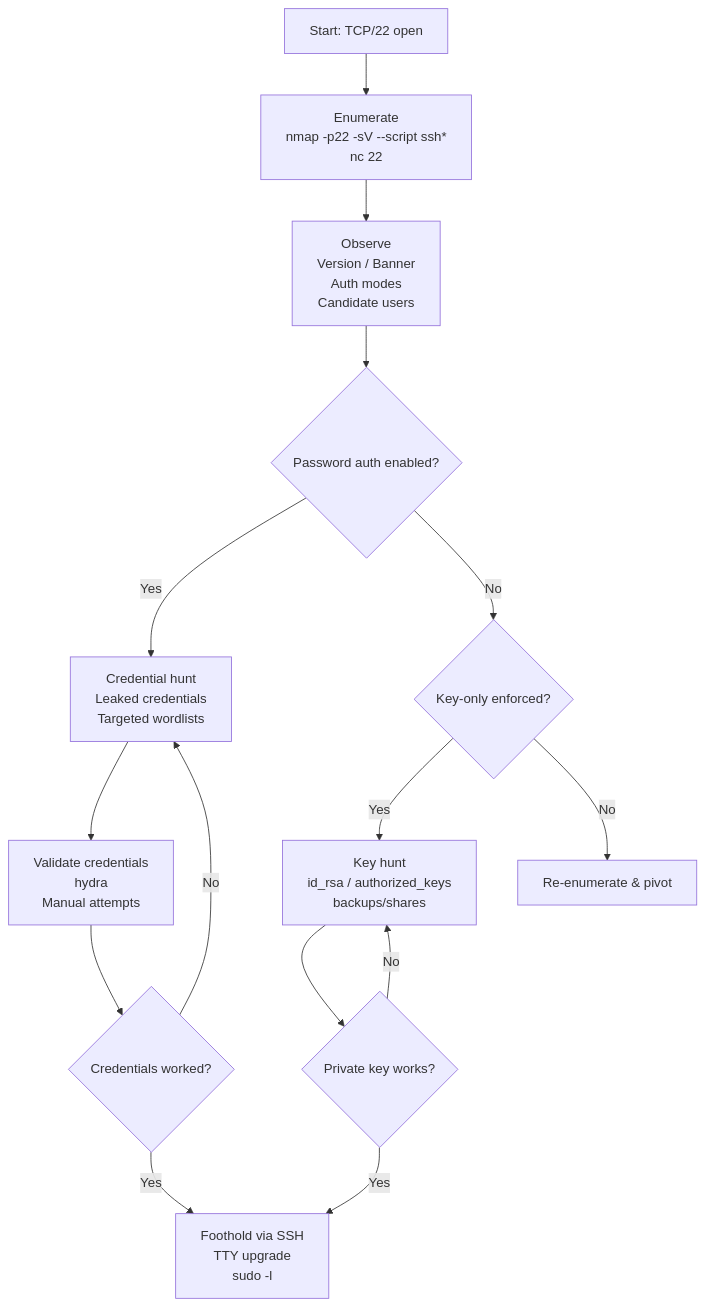
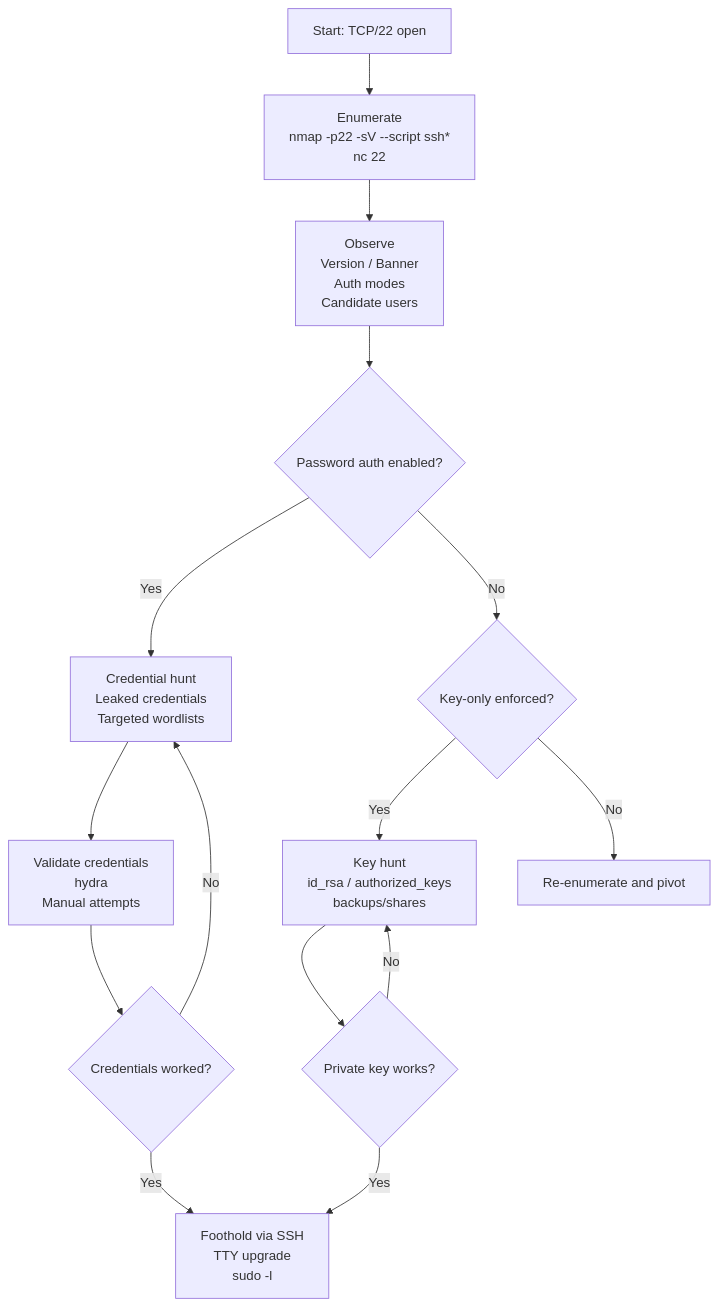
Before and after one commit to ericbulloch/kwmd: the ninth of 10 diagrams in hacking_flow.md, drawn with Mermaid. The commit also changed other lines of this file, not shown here.

````diff
--- a/hacking_flow.md
+++ b/hacking_flow.md
@@ -491,30 +644,30 @@
 ```mermaid
 flowchart TD
 A[Start: TCP/22 open] --> B[Enumerate
 nmap -p22 -sV --script ssh* <ip>
 nc <ip> 22]
 B --> C[Observe
 Version / Banner
 Auth modes
 Candidate users]
 C --> D{Password auth enabled?}
 D -- Yes --> E[Credential hunt
 Leaked credentials
 Targeted wordlists]
 D -- No --> F{Key-only enforced?}
 F -- Yes --> G[Key hunt
 id_rsa / authorized_keys
 backups/shares]
-F -- No --> H[Re-enumerate & pivot]
+F -- No --> H[Re-enumerate and pivot]
 E --> I[Validate credentials
 hydra
 Manual attempts]
 I --> N{Credentials worked?}
 N -- No --> E
 N -- Yes --> J[Foothold via SSH
 TTY upgrade
 sudo -l]
 G --> K{Private key works?}
 K -- Yes --> J
 K -- No --> G
 ```
````
